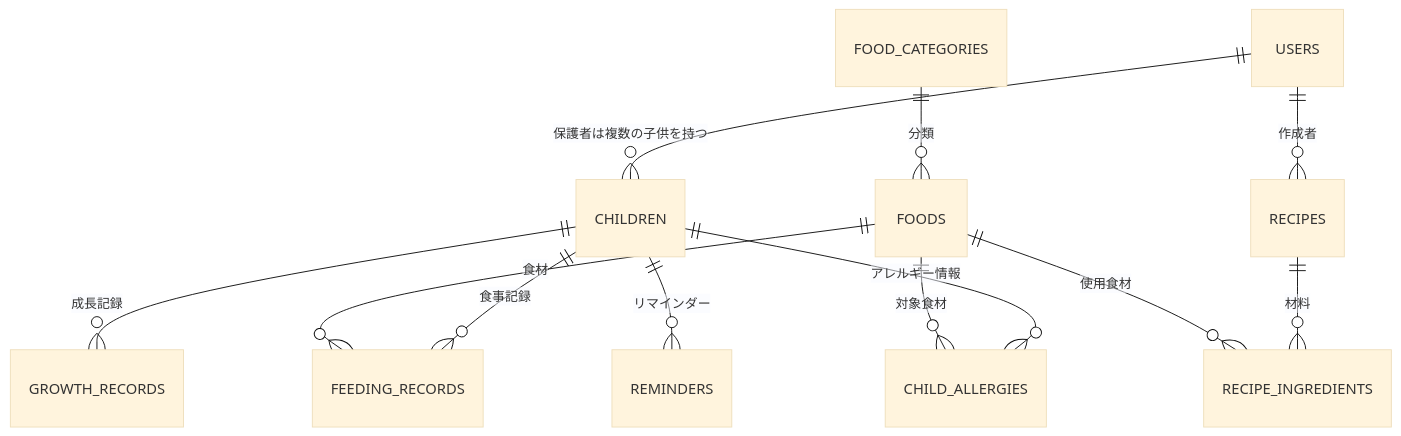
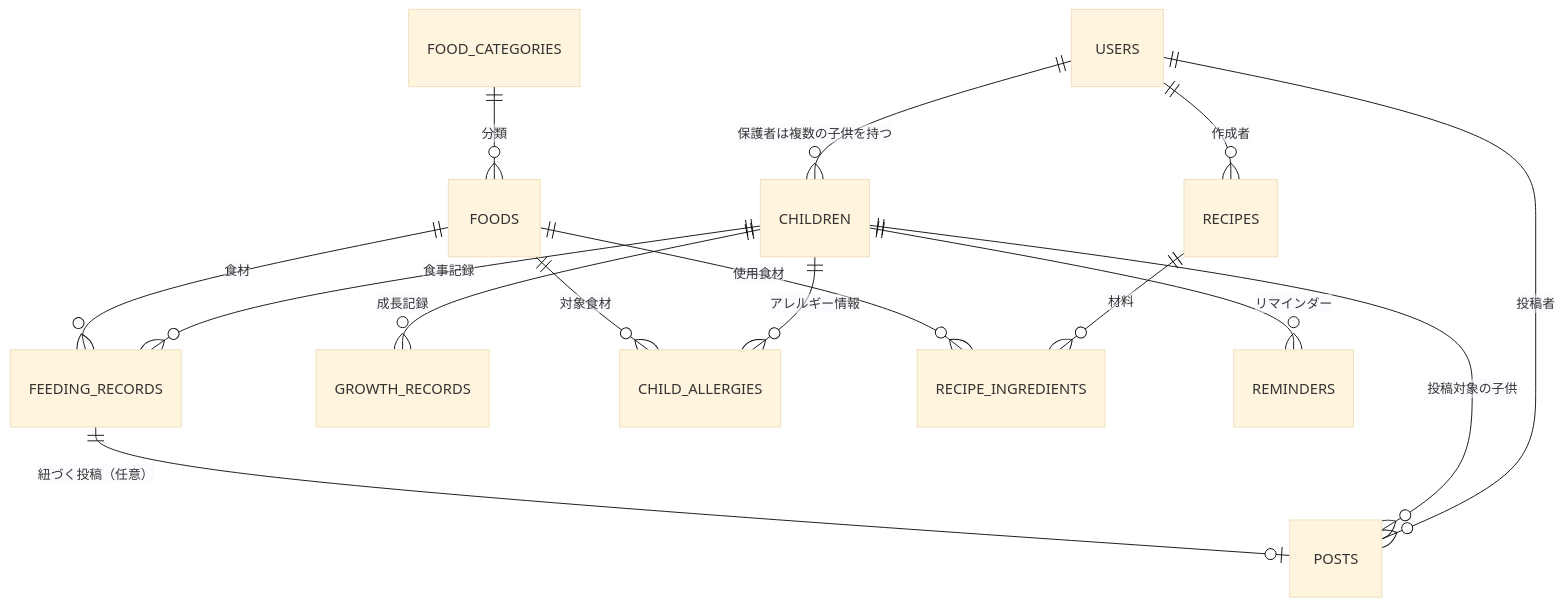
The diagram in project.md (fukukei199890/Baby_APP), drawn with Mermaid (base theme) before and after one commit. The commit also changed other lines of this file, not shown here.

First line of the commit message:
Add posts table design for Instagram-style feed

````diff
--- a/project.md
+++ b/project.md
@@ -25,14 +26,17 @@
 ```mermaid
 erDiagram
     USERS ||--o{ CHILDREN : "保護者は複数の子供を持つ"
     CHILDREN ||--o{ FEEDING_RECORDS : "食事記録"
     CHILDREN ||--o{ GROWTH_RECORDS : "成長記録"
     CHILDREN ||--o{ CHILD_ALLERGIES : "アレルギー情報"
     FOODS ||--o{ FEEDING_RECORDS : "食材"
     FOODS ||--o{ CHILD_ALLERGIES : "対象食材"
     FOOD_CATEGORIES ||--o{ FOODS : "分類"
     RECIPES ||--o{ RECIPE_INGREDIENTS : "材料"
     FOODS ||--o{ RECIPE_INGREDIENTS : "使用食材"
     USERS ||--o{ RECIPES : "作成者"
     CHILDREN ||--o{ REMINDERS : "リマインダー"
+    USERS ||--o{ POSTS : "投稿者"
+    CHILDREN ||--o{ POSTS : "投稿対象の子供"
+    FEEDING_RECORDS ||--o| POSTS : "紐づく投稿（任意）"
 ```
````
